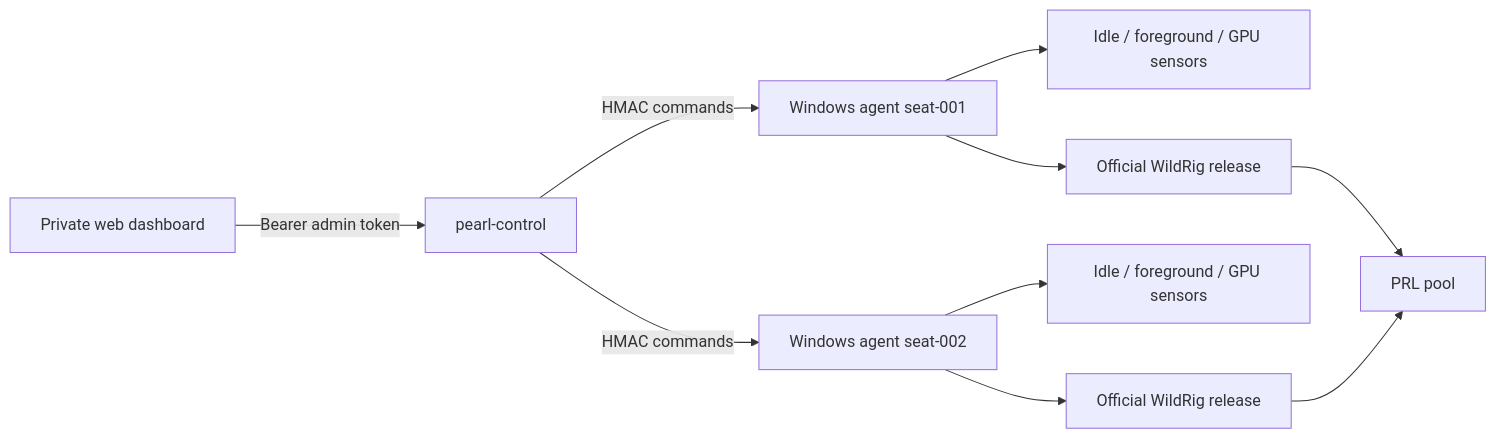
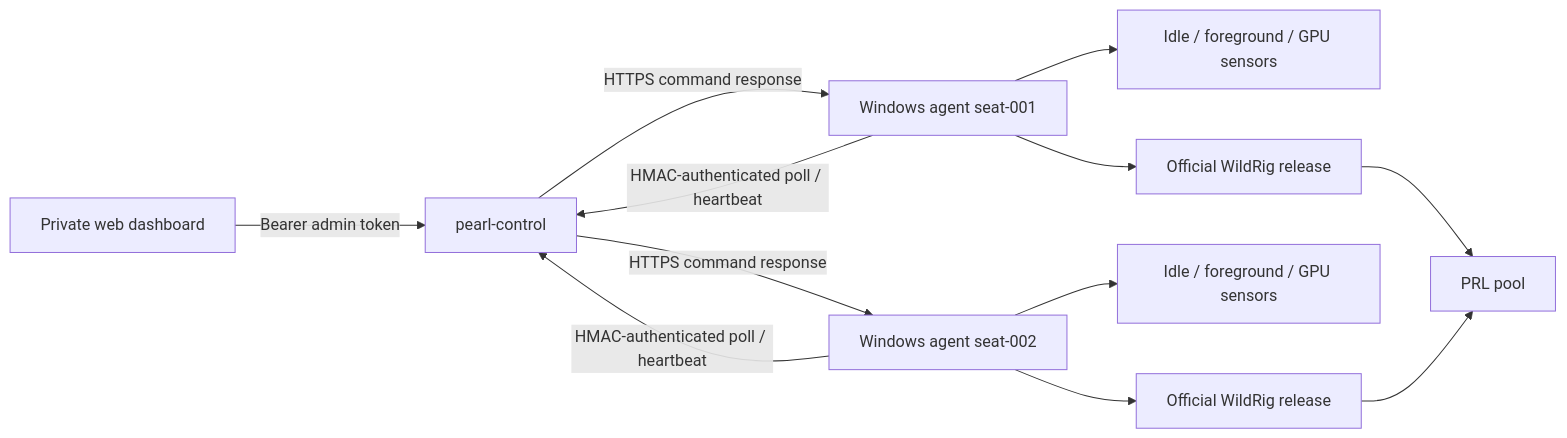
Before and after one commit to jellybelly420/pearl-netbar-miner: the diagram in README.md, drawn with Mermaid. The commit also changed other lines of this file and 36 other files, not shown here.

````diff
--- a/README.md
+++ b/README.md
@@ -36,12 +42,14 @@
 ```mermaid
 flowchart LR
     UI[Private web dashboard] -->|Bearer admin token| C[pearl-control]
-    C -->|HMAC commands| A1[Windows agent seat-001]
-    C -->|HMAC commands| A2[Windows agent seat-002]
+    C -->|HTTPS command response| A1[Windows agent seat-001]
+    C -->|HTTPS command response| A2[Windows agent seat-002]
+    A1 -->|HMAC-authenticated poll / heartbeat| C
+    A2 -->|HMAC-authenticated poll / heartbeat| C
     A1 --> S1[Idle / foreground / GPU sensors]
     A1 --> W1[Official WildRig release]
     W1 --> P[PRL pool]
     A2 --> S2[Idle / foreground / GPU sensors]
     A2 --> W2[Official WildRig release]
     W2 --> P
 ```
````
